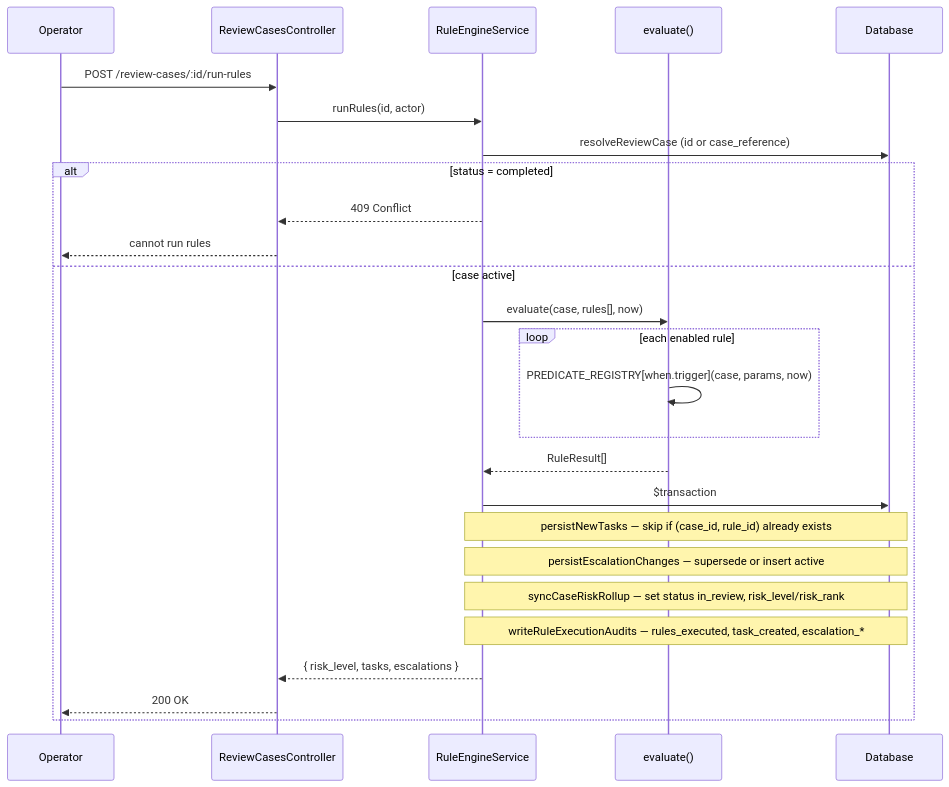
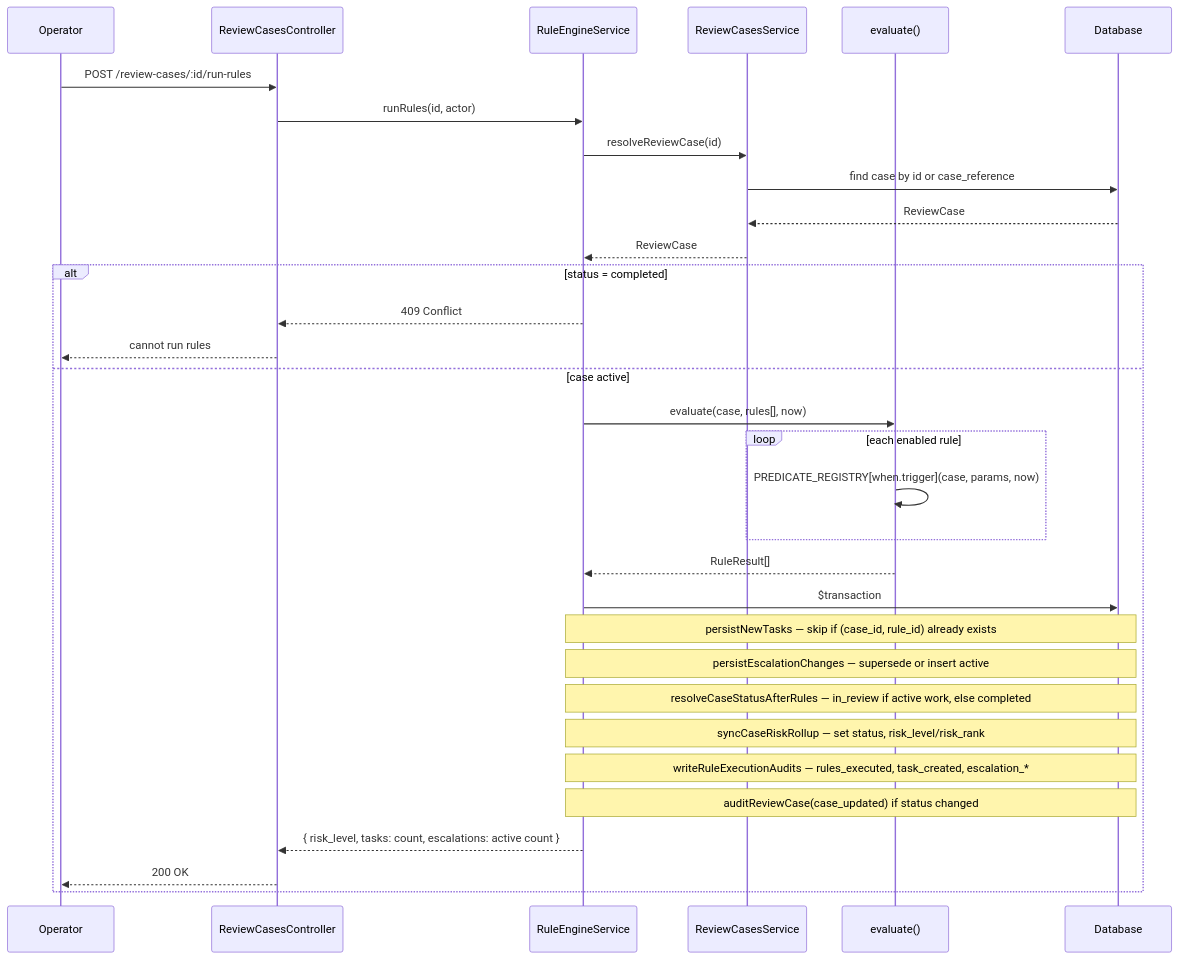
One commit to quanledinhvn/trade_review changed the third of 9 diagrams in xdocs/SYSTEM_DESIGN.md. Above: the diagram before and after it, drawn with Mermaid. The commit also changed other lines of this file and 31 other files, not shown here.

````diff
--- a/xdocs/SYSTEM_DESIGN.md
+++ b/xdocs/SYSTEM_DESIGN.md
@@ -200,29 +192,35 @@
 ```mermaid
 sequenceDiagram
     participant Op as Operator
     participant Ctrl as ReviewCasesController
     participant Svc as RuleEngineService
+    participant CaseSvc as ReviewCasesService
     participant Dom as evaluate()
     participant DB as Database
 
     Op->>Ctrl: POST /review-cases/:id/run-rules
     Ctrl->>Svc: runRules(id, actor)
-    Svc->>DB: resolveReviewCase (id or case_reference)
+    Svc->>CaseSvc: resolveReviewCase(id)
+    CaseSvc->>DB: find case by id or case_reference
+    DB-->>CaseSvc: ReviewCase
+    CaseSvc-->>Svc: ReviewCase
     alt status = completed
         Svc-->>Ctrl: 409 Conflict
         Ctrl-->>Op: cannot run rules
     else case active
         Svc->>Dom: evaluate(case, rules[], now)
         loop each enabled rule
             Dom->>Dom: PREDICATE_REGISTRY[when.trigger](case, params, now)
         end
         Dom-->>Svc: RuleResult[]
         Svc->>DB: $transaction
         Note over Svc,DB: persistNewTasks — skip if (case_id, rule_id) already exists
         Note over Svc,DB: persistEscalationChanges — supersede or insert active
-        Note over Svc,DB: syncCaseRiskRollup — set status in_review, risk_level/risk_rank
+        Note over Svc,DB: resolveCaseStatusAfterRules — in_review if active work, else completed
+        Note over Svc,DB: syncCaseRiskRollup — set status, risk_level/risk_rank
         Note over Svc,DB: writeRuleExecutionAudits — rules_executed, task_created, escalation_*
-        Svc-->>Ctrl: { risk_level, tasks, escalations }
+        Note over Svc,DB: auditReviewCase(case_updated) if status changed
+        Svc-->>Ctrl: { risk_level, tasks: count, escalations: active count }
         Ctrl-->>Op: 200 OK
     end
 ```
````
